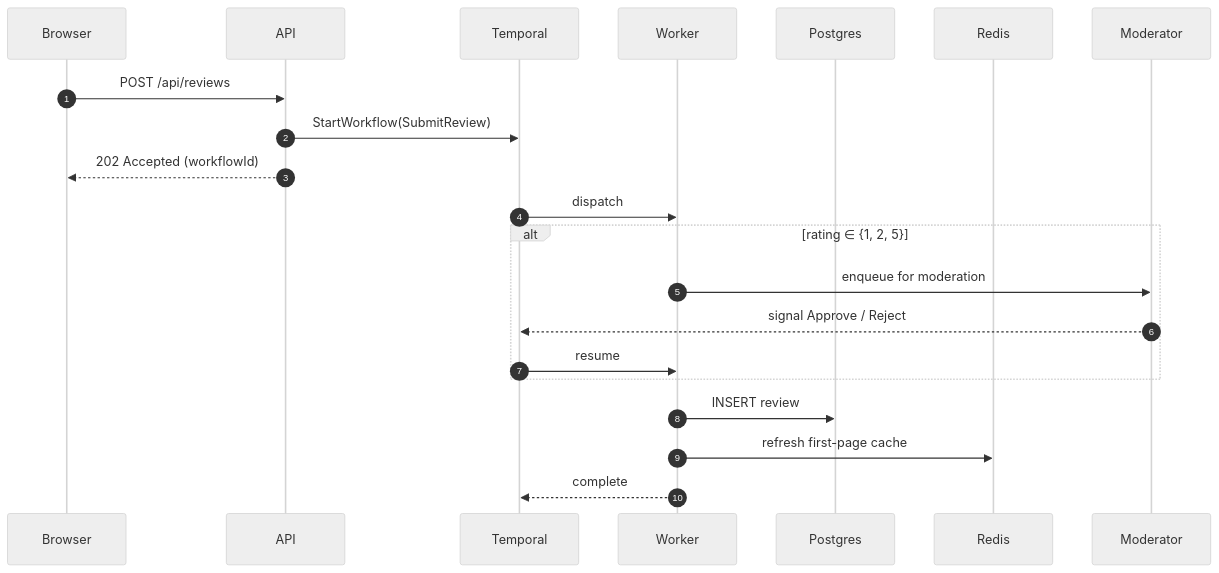
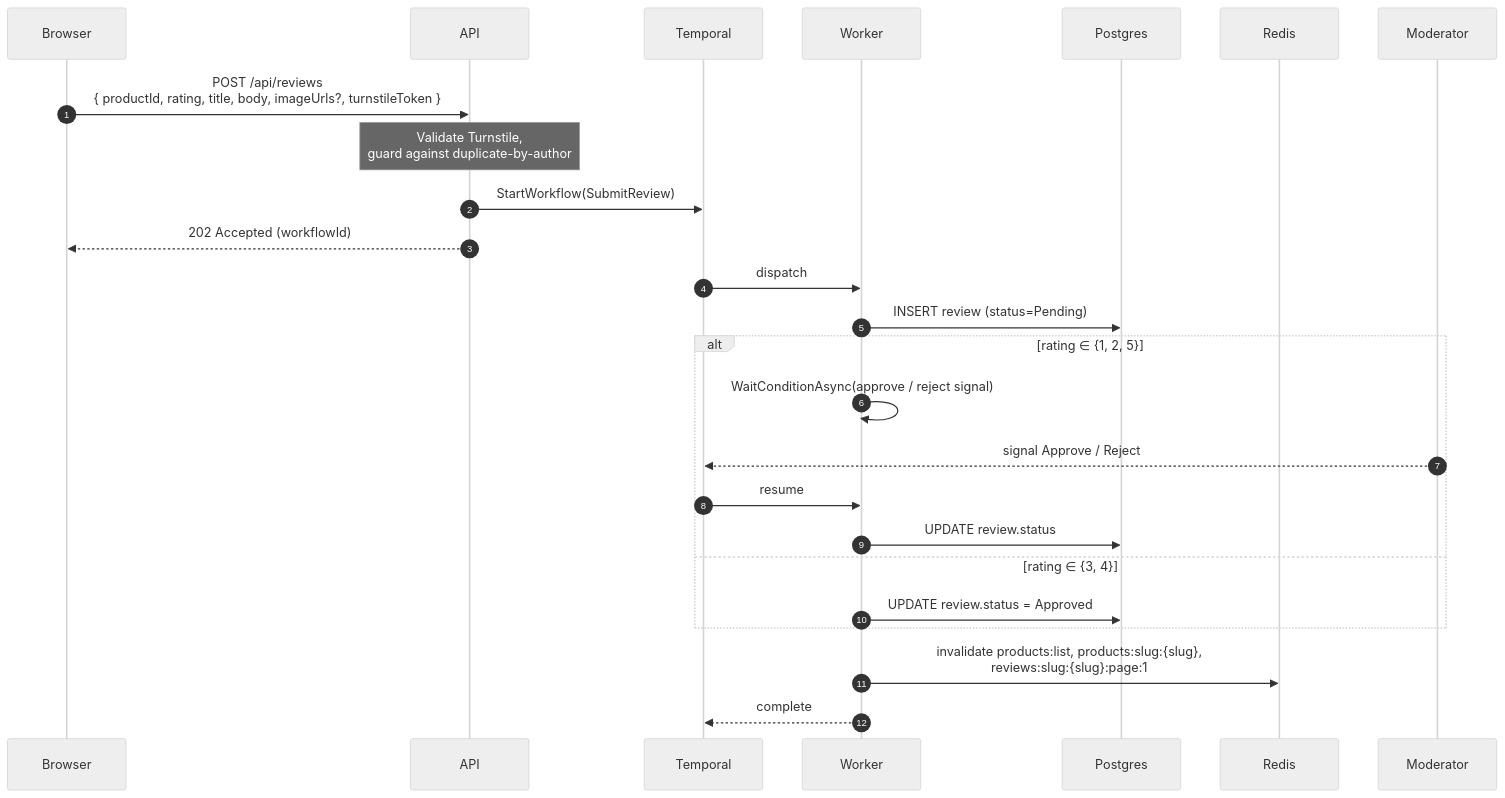
One commit to KaliCZ/reviews changed the sixth of 12 diagrams in docs/flows.md. Above: the diagram before and after it, drawn with Mermaid (neutral theme). The commit also changed other lines of this file and 1 other file, not shown here.

First line of the commit message:
Rewrite docs/flows.md to match current behavior; add 5 missing flows

````diff
--- a/docs/flows.md
+++ b/docs/flows.md
@@ -93,27 +181,31 @@
 ```mermaid
 sequenceDiagram
     autonumber
     participant B as Browser
     participant A as API
     participant T as Temporal
     participant W as Worker
     participant P as Postgres
     participant R as Redis
     participant M as Moderator
 
-    B->>A: POST /api/reviews
+    B->>A: POST /api/reviews<br/>{ productId, rating, title, body, imageUrls?, turnstileToken }
+    Note over A: Validate Turnstile,<br/>guard against duplicate-by-author
     A->>T: StartWorkflow(SubmitReview)
     A-->>B: 202 Accepted (workflowId)
 
     T->>W: dispatch
+    W->>P: INSERT review (status=Pending)
 
     alt rating ∈ {1, 2, 5}
-        W->>M: enqueue for moderation
+        W->>W: WaitConditionAsync(approve / reject signal)
         M-->>T: signal Approve / Reject
         T->>W: resume
+        W->>P: UPDATE review.status
+    else rating ∈ {3, 4}
+        W->>P: UPDATE review.status = Approved
     end
 
-    W->>P: INSERT review
-    W->>R: refresh first-page cache
+    W->>R: invalidate products:list, products:slug:{slug},<br/>reviews:slug:{slug}:page:1
     W-->>T: complete
 ```
````
